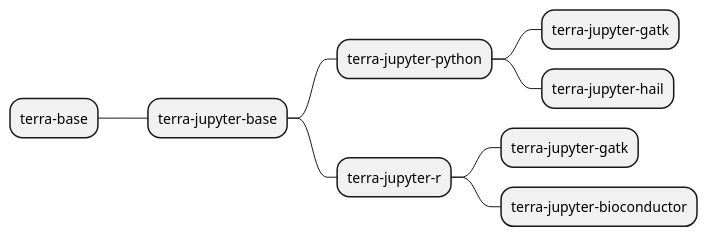
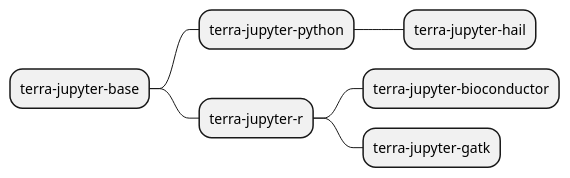
Before and after one commit to DataBiosphere/terra-docker: the diagram in mind.puml, drawn with PlantUML. The commit also changed 31 other files, not shown here.

Commit message:
deploy beta terra-jupyter-base

```diff
--- a/mind.puml
+++ b/mind.puml
@@ -1,10 +1,8 @@
 @startmindmap
-* terra-base
-** terra-jupyter-base
-*** terra-jupyter-python
-**** terra-jupyter-gatk
-**** terra-jupyter-hail
-*** terra-jupyter-r
-**** terra-jupyter-gatk
-**** terra-jupyter-bioconductor
+* terra-jupyter-base
+** terra-jupyter-python
+*** terra-jupyter-hail
+** terra-jupyter-r
+*** terra-jupyter-bioconductor
+*** terra-jupyter-gatk
 @endmindmap
```
